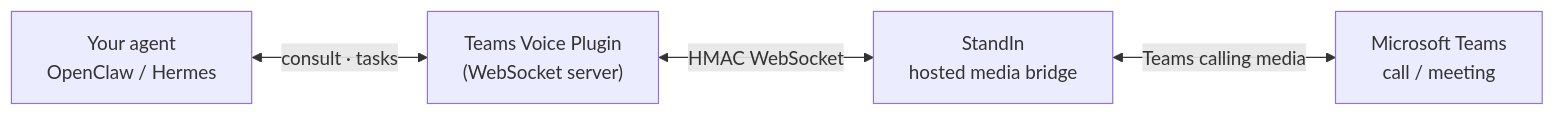
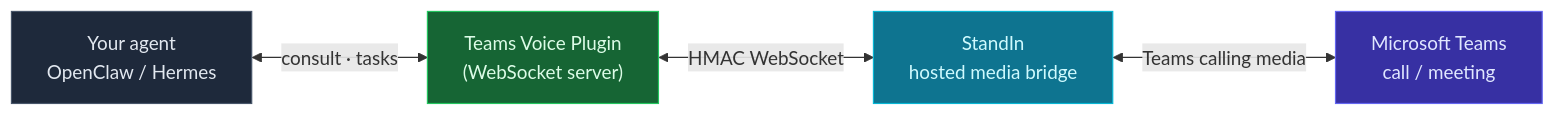
One commit to komaa-com/docs changed the diagram in concepts/architecture.mdx. Above: the diagram before and after it, drawn with Mermaid.

Commit message:
docs: colorize the architecture Mermaid diagram (per-node fill/stroke/color, Komaa palette)

````diff
--- a/concepts/architecture.mdx
+++ b/concepts/architecture.mdx
@@ -12,11 +12,16 @@
 ```mermaid
 flowchart LR
     A["Your agent<br/>OpenClaw / Hermes"]
     P["Teams Voice Plugin<br/>(WebSocket server)"]
     S["StandIn<br/>hosted media bridge"]
     T["Microsoft Teams<br/>call / meeting"]
 
     A <-->|"consult · tasks"| P
     P <-->|"HMAC WebSocket"| S
     S <-->|"Teams calling media"| T
+
+    style A fill:#1e293b,stroke:#475569,color:#e2e8f0
+    style P fill:#166534,stroke:#22c55e,color:#dcfce7
+    style S fill:#0e7490,stroke:#06b6d4,color:#cffafe
+    style T fill:#3730a3,stroke:#6366f1,color:#e0e7ff
 ```
````
